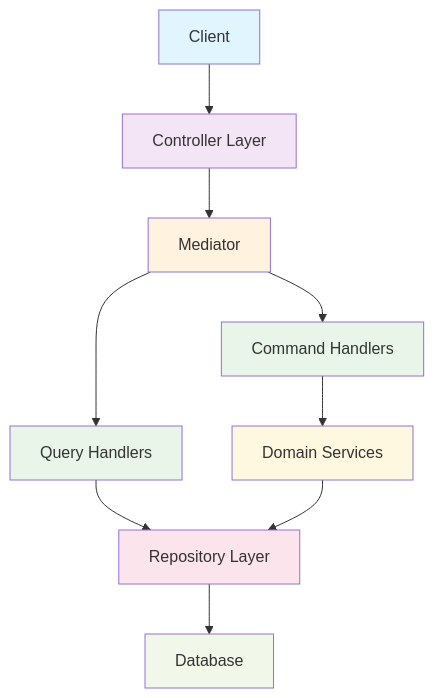
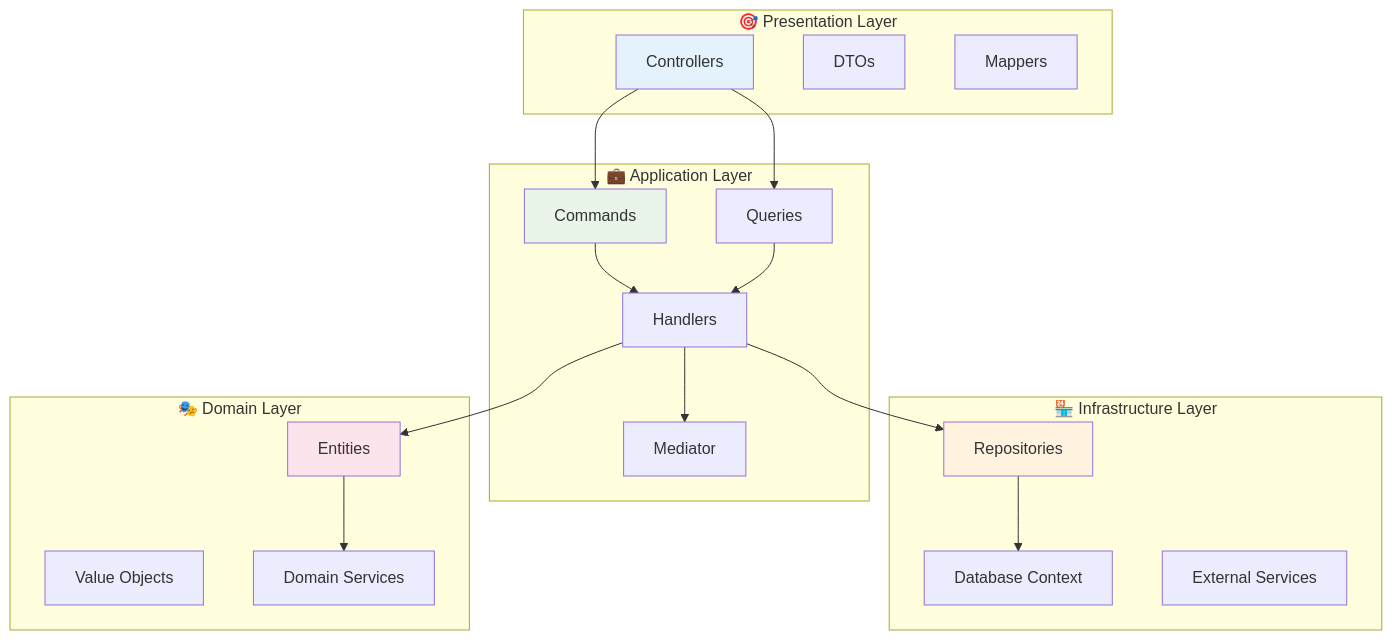
One commit to kekolas12/BasicJavaUsermanagementApp changed the third of 9 diagrams in README.md. Above: the diagram before and after it, drawn with Mermaid. The commit also changed other lines of this file, not shown here.

````diff
--- a/README.md
+++ b/README.md
@@ -90,20 +154,42 @@
 ```mermaid
-graph TD
-    A[Client] --> B[Controller Layer]
-    B --> C[Mediator]
-    C --> D[Command Handlers]
-    C --> E[Query Handlers]
-    D --> F[Domain Services]
-    E --> G[Repository Layer]
+graph TB
+    subgraph "🎯 Presentation Layer"
+        A[Controllers]
+        B[DTOs]
+        C[Mappers]
+    end
+    
+    subgraph "💼 Application Layer"
+        D[Commands]
+        E[Queries]
+        F[Handlers]
+        G[Mediator]
+    end
+    
+    subgraph "🏪 Infrastructure Layer"
+        H[Repositories]
+        I[Database Context]
+        J[External Services]
+    end
+    
+    subgraph "🎭 Domain Layer"
+        K[Entities]
+        L[Value Objects]
+        M[Domain Services]
+    end
+    
+    A --> D
+    A --> E
+    D --> F
+    E --> F
     F --> G
-    G --> H[Database]
+    F --> H
+    H --> I
+    F --> K
+    K --> M
     
-    style A fill:#e1f5fe
-    style B fill:#f3e5f5
-    style C fill:#fff3e0
+    style A fill:#e3f2fd
     style D fill:#e8f5e8
-    style E fill:#e8f5e8
-    style F fill:#fff8e1
-    style G fill:#fce4ec
-    style H fill:#f1f8e9
+    style H fill:#fff3e0
+    style K fill:#fce4ec
 ```
````
